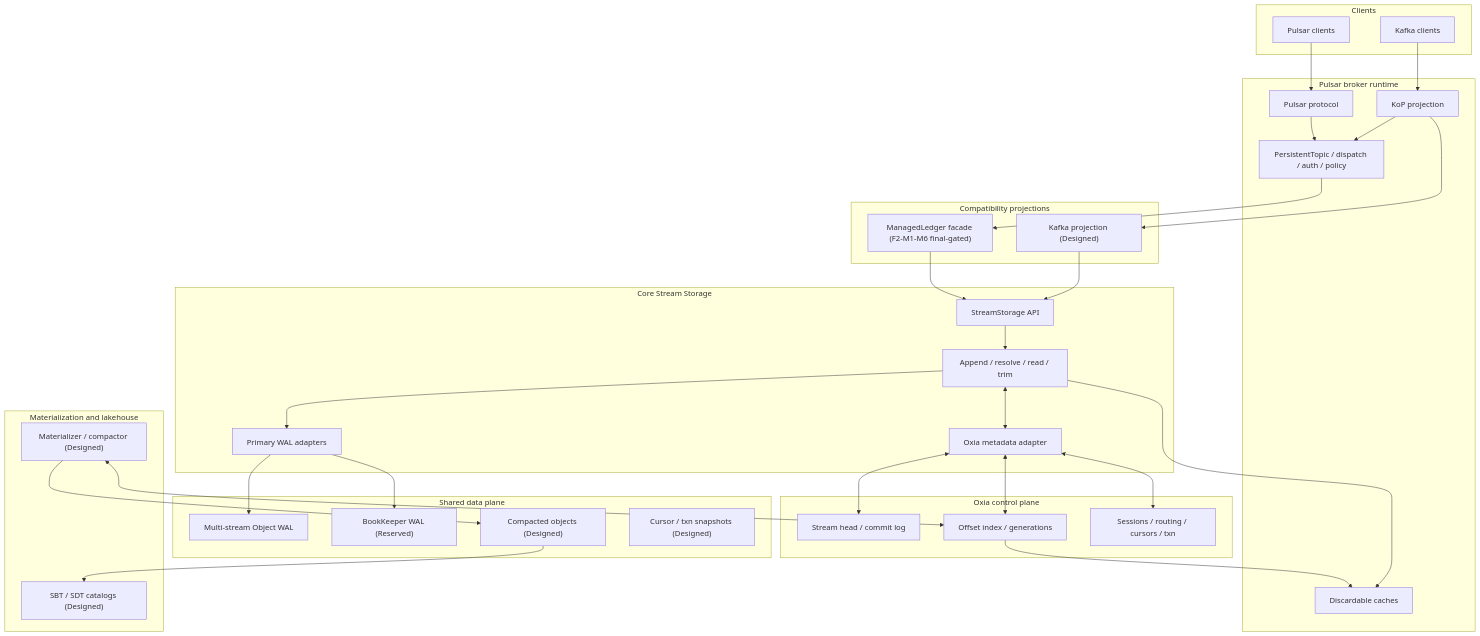
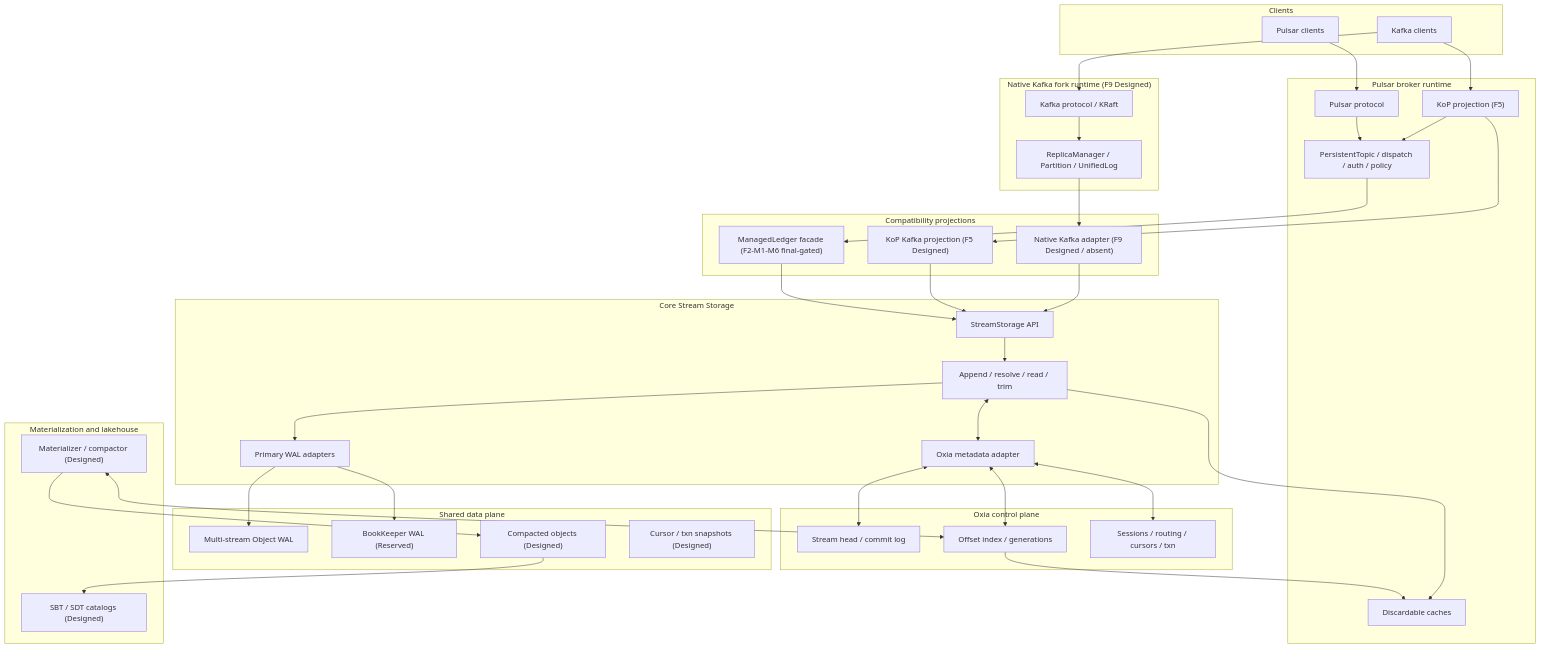
One commit to nereusstream/nereus changed the first of 2 diagrams in docs/design/nereus-overall-architecture.md. Above: the diagram before and after it, drawn with Mermaid. The commit also changed other lines of this file and 16 other files, not shown here.

Commit message:
docs: close F9 design review and architecture audit

````diff
--- a/docs/design/nereus-overall-architecture.md
+++ b/docs/design/nereus-overall-architecture.md
@@ -334,56 +334,63 @@
 ```mermaid
 flowchart TB
     subgraph Clients["Clients"]
         PC["Pulsar clients"]
         KC["Kafka clients"]
     end
     subgraph Broker["Pulsar broker runtime"]
         PP["Pulsar protocol"]
-        KoP["KoP projection"]
+        KoP["KoP projection (F5)"]
         Runtime["PersistentTopic / dispatch / auth / policy"]
         Cache["Discardable caches"]
     end
+    subgraph KafkaBroker["Native Kafka fork runtime (F9 Designed)"]
+        KP["Kafka protocol / KRaft"]
+        KRuntime["ReplicaManager / Partition / UnifiedLog"]
+    end
     subgraph Adapters["Compatibility projections"]
         MLF["ManagedLedger facade (F2-M1-M6 final-gated)"]
-        KAF["Kafka projection (Designed)"]
+        KAF5["KoP Kafka projection (F5 Designed)"]
+        KAF9["Native Kafka adapter (F9 Designed / absent)"]
     end
     subgraph L0["Core Stream Storage"]
         API["StreamStorage API"]
         Core["Append / resolve / read / trim"]
         Meta["Oxia metadata adapter"]
         Wal["Primary WAL adapters"]
     end
     subgraph Data["Shared data plane"]
         OW["Multi-stream Object WAL"]
         BK["BookKeeper WAL (Reserved)"]
         CO["Compacted objects (Designed)"]
         Snap["Cursor / txn snapshots (Designed)"]
     end
     subgraph Control["Oxia control plane"]
         Head["Stream head / commit log"]
         Index["Offset index / generations"]
         Coord["Sessions / routing / cursors / txn"]
     end
     subgraph L3["Materialization and lakehouse"]
         Mat["Materializer / compactor (Designed)"]
         Cat["SBT / SDT catalogs (Designed)"]
     end
 
     PC --> PP --> Runtime
     KC --> KoP --> Runtime
+    KC --> KP --> KRuntime
     Runtime --> MLF --> API
-    KoP --> KAF --> API
+    KoP --> KAF5 --> API
+    KRuntime --> KAF9 --> API
     API --> Core
     Core <--> Meta
     Core --> Wal
     Meta <--> Head
     Meta <--> Index
     Meta <--> Coord
     Wal --> OW
     Wal --> BK
     Index --> Cache
     Mat --> CO
     Mat <--> Index
     CO --> Cat
     Core --> Cache
 ```
````
